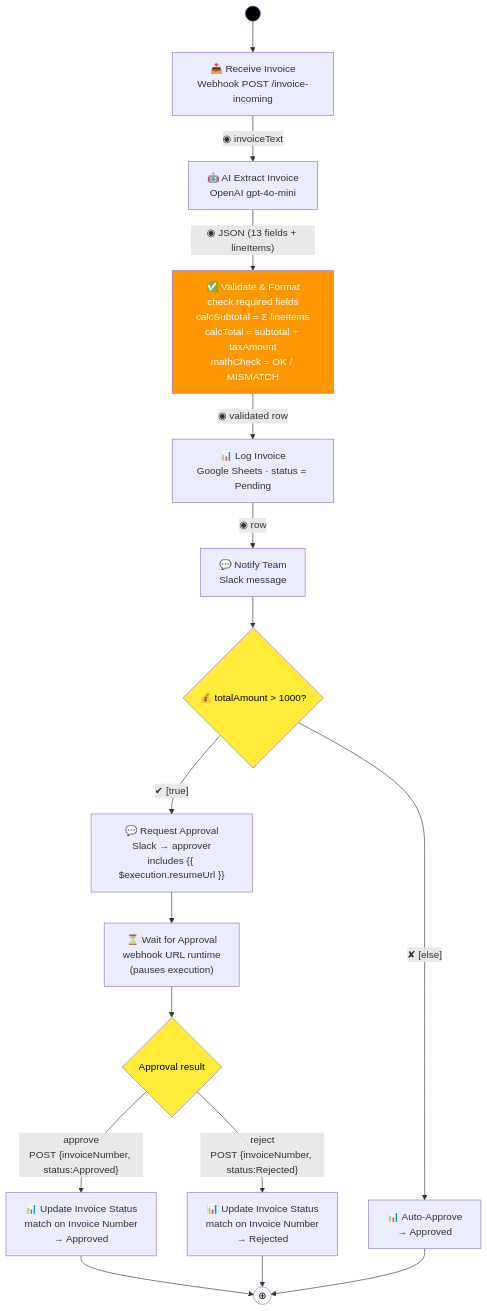
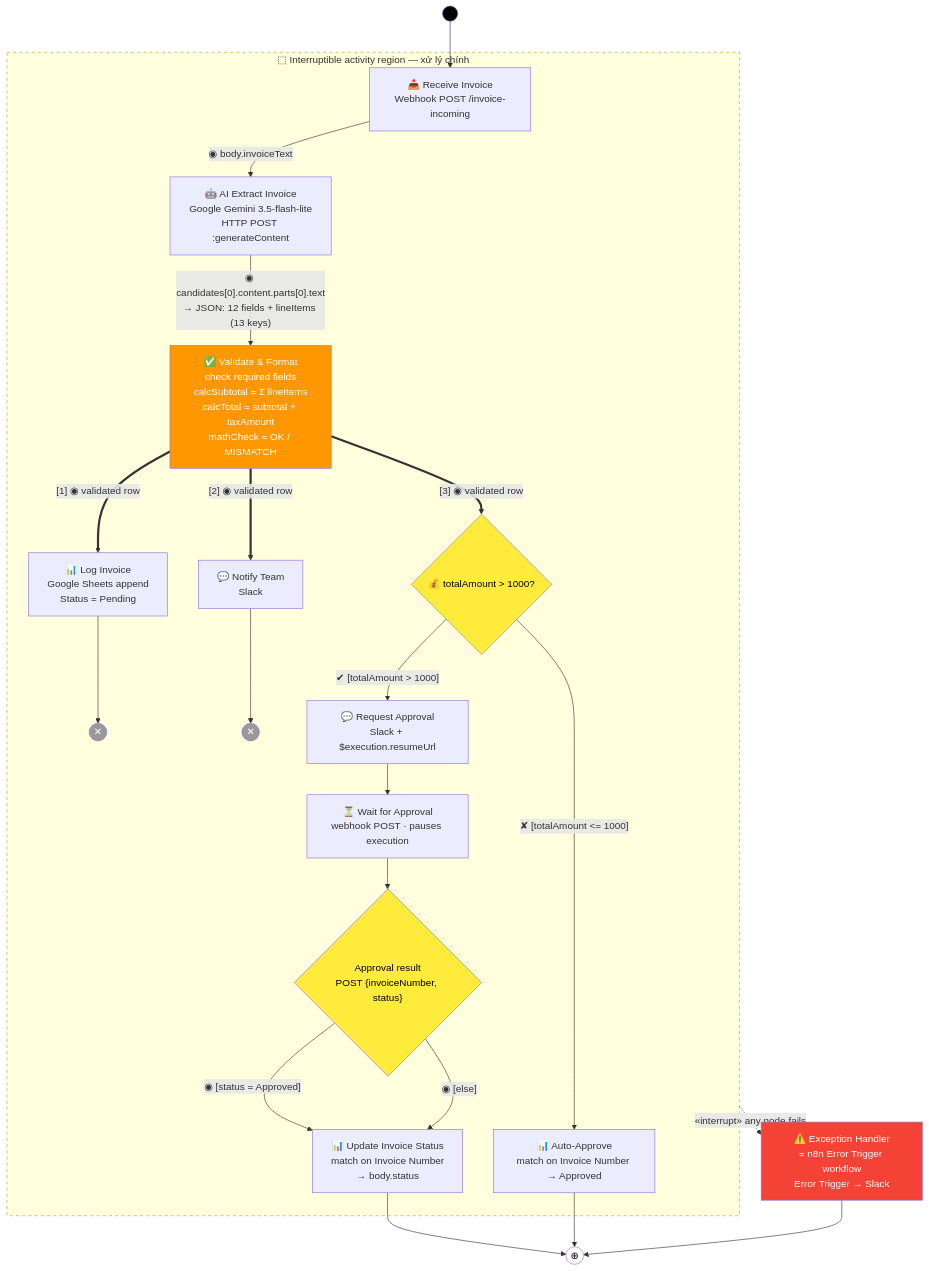
One commit to DoTuanPhong/make_-Invoice-processing-automated-workflow changed the third of 4 diagrams in activity-diagram.md. Above: the diagram before and after it, drawn with Mermaid. The commit also changed other lines of this file and 4 other files, not shown here.

Commit message:
Refactor invoice processing workflow to integrate Google Gemini for AI extraction, update Slack notifications, and enhance error handling. Modify sequence and state diagrams to reflect changes in workflow logic and error management.

````diff
--- a/activity-diagram.md
+++ b/activity-diagram.md
@@ -51,27 +75,39 @@
 ```mermaid
 flowchart TD
-    START((●)) --> A["📥 Receive Invoice<br/>Webhook POST /invoice-incoming"]
-    A -->|"◉ invoiceText"| B["🤖 AI Extract Invoice<br/>OpenAI gpt-4o-mini"]
-    B -->|"◉ JSON (13 fields + lineItems)"| C["✅ Validate & Format<br/>check required fields<br/>calcSubtotal = Σ lineItems<br/>calcTotal = subtotal + taxAmount<br/>mathCheck = OK / MISMATCH"]
-    C -->|"◉ validated row"| D["📊 Log Invoice<br/>Google Sheets · status = Pending"]
-    D -->|"◉ row"| E["💬 Notify Team<br/>Slack message"]
-    E --> F{"💰 totalAmount > 1000?"}
+    START((●)) --> A
+    subgraph REGION["⬚ Interruptible activity region — xử lý chính"]
+        A["📥 Receive Invoice<br/>Webhook POST /invoice-incoming"]
+        A -->|"◉ body.invoiceText"| B["🤖 AI Extract Invoice<br/>Google Gemini 3.5-flash-lite<br/>HTTP POST :generateContent"]
+        B -->|"◉ candidates[0].content.parts[0].text<br/>→ JSON: 12 fields + lineItems (13 keys)"| C["✅ Validate & Format<br/>check required fields<br/>calcSubtotal = Σ lineItems<br/>calcTotal = subtotal + taxAmount<br/>mathCheck = OK / MISMATCH"]
 
-    F -->|"✔ [true]"| G["💬 Request Approval<br/>Slack → approver<br/>includes {{ $execution.resumeUrl }}"]
-    G --> H["⏳ Wait for Approval<br/>webhook URL runtime<br/>(pauses execution)"]
-    H --> M{"Approval result"}
-    M -->|"approve<br/>POST {invoiceNumber, status:Approved}"| I["📊 Update Invoice Status<br/>match on Invoice Number<br/>→ Approved"]
-    M -->|"reject<br/>POST {invoiceNumber, status:Rejected}"| I2["📊 Update Invoice Status<br/>match on Invoice Number<br/>→ Rejected"]
+        C ==>|"[1] ◉ validated row"| D["📊 Log Invoice<br/>Google Sheets append<br/>Status = Pending"]
+        D --> FFD(("✕"))
+        C ==>|"[2] ◉ validated row"| E["💬 Notify Team<br/>Slack"]
+        E --> FFE(("✕"))
+        C ==>|"[3] ◉ validated row"| F{"💰 totalAmount > 1000?"}
 
-    F -->|"✘ [else]"| J["📊 Auto-Approve<br/>→ Approved"]
+        F -->|"✔ [totalAmount > 1000]"| G["💬 Request Approval<br/>Slack + $execution.resumeUrl"]
+        G --> H["⏳ Wait for Approval<br/>webhook POST · pauses execution"]
+        H --> M{"Approval result<br/>POST {invoiceNumber, status}"}
+        M -->|"◉ [status = Approved]"| I["📊 Update Invoice Status<br/>match on Invoice Number<br/>→ body.status"]
+        M -->|"◉ [else]"| I
+
+        F -->|"✘ [totalAmount <= 1000]"| J["📊 Auto-Approve<br/>match on Invoice Number → Approved"]
+    end
 
     I --> K((⊕))
-    I2 --> K
     J --> K
+
+    REGION -.->|"«interrupt» any node fails"| X["⚠️ Exception Handler<br/>= n8n Error Trigger workflow<br/>Error Trigger → Slack"]
+    X --> K
 
     style START fill:#000,color:#000
     style K fill:#fff,color:#000
+    style FFD fill:#999,color:#fff
+    style FFE fill:#999,color:#fff
     style F fill:#FFEB3B,color:#000
     style M fill:#FFEB3B,color:#000
     style C fill:#FF9800,color:#fff
+    style X fill:#F44336,color:#fff
+    style REGION stroke-dasharray: 5 5
 ```
````
